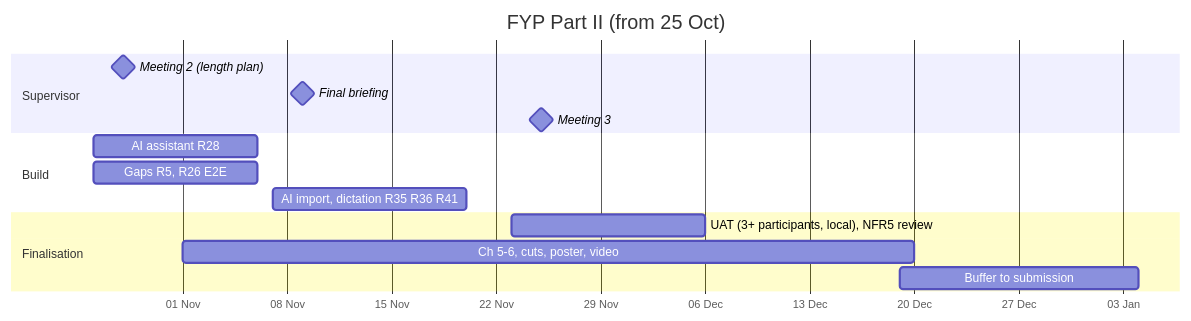
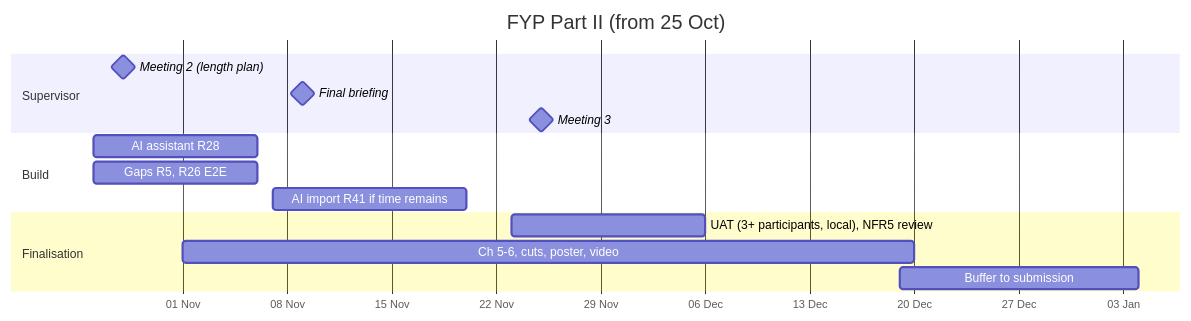
One commit to qicai14/NotaLah changed the diagram in docs/PLAN.md. Above: the diagram before and after it, drawn with Mermaid. The commit also changed other lines of this file and 4 other files, not shown here.

````diff
--- a/docs/PLAN.md
+++ b/docs/PLAN.md
@@ -14,19 +14,19 @@
 ```mermaid
 gantt
   title FYP Part II (from 25 Oct)
   dateFormat YYYY-MM-DD
   axisFormat %d %b
   todayMarker on
   section Supervisor
   Meeting 2 (length plan)        :milestone, 2026-10-28, 0d
   Final briefing                 :milestone, 2026-11-09, 0d
   Meeting 3                      :milestone, 2026-11-25, 0d
   section Build
   AI assistant R28               :a1, 2026-10-26, 2026-11-06
   Gaps R5, R26 E2E               :a2, 2026-10-26, 2026-11-06
-  AI import, dictation R35 R36 R41 :a3, 2026-11-07, 2026-11-20
+  AI import R41 if time remains  :a3, 2026-11-07, 2026-11-20
   section Finalisation
   UAT (3+ participants, local), NFR5 review :u, 2026-11-23, 2026-12-06
   Ch 5-6, cuts, poster, video    :f, 2026-11-01, 2026-12-20
   Buffer to submission           :b, 2026-12-19, 2027-01-04
 ```
````
